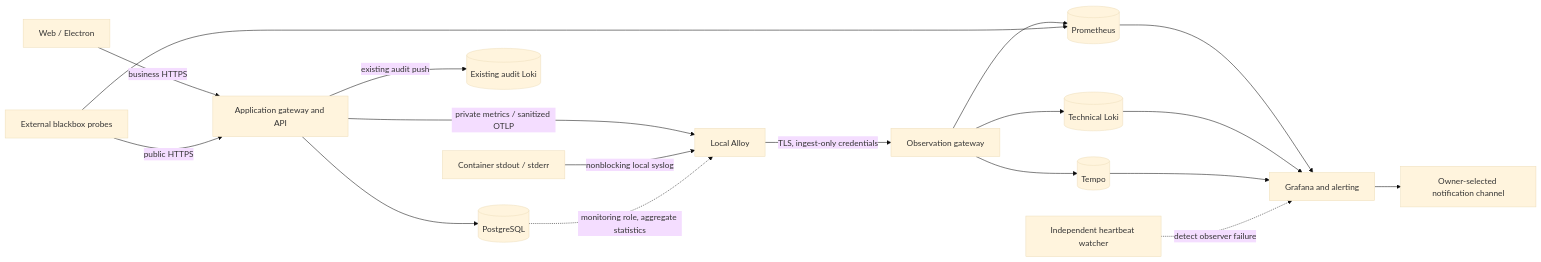
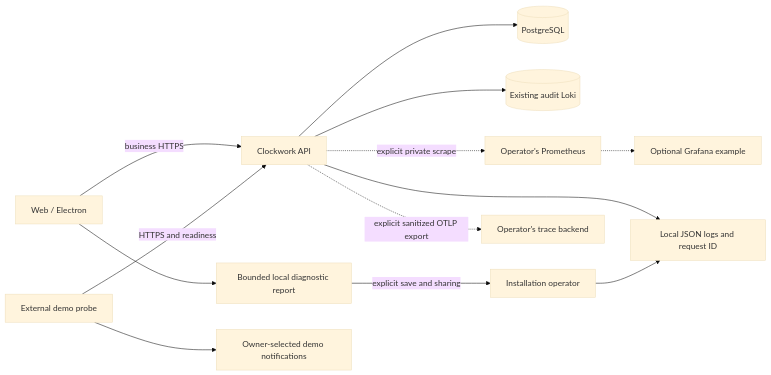
The diagram in docs/observability.md (Koshsky/clockwork), drawn with Mermaid (base theme) before and after one commit. The commit also changed other lines of this file, not shown here.

Commit message:
docs: scope observability for self-hosted installations and demo

````diff
--- a/docs/observability.md
+++ b/docs/observability.md
@@ -91,20 +68,15 @@
 ```mermaid
 flowchart LR
-  U[Web / Electron] -->|business HTTPS| C[Application gateway and API]
-  C --> D[(PostgreSQL)]
-  C -->|existing audit push| A[(Existing audit Loki)]
-  C -->|private metrics / sanitized OTLP| G[Local Alloy]
-  L[Container stdout / stderr] -->|nonblocking local syslog| G
-  D -.->|monitoring role, aggregate statistics| G
-  G -->|TLS, ingest-only credentials| W[Observation gateway]
-  W --> P[(Prometheus)]
-  W --> K[(Technical Loki)]
-  W --> T[(Tempo)]
-  P --> F[Grafana and alerting]
-  K --> F
-  T --> F
-  B[External blackbox probes] -->|public HTTPS| C
-  B --> P
-  F --> N[Owner-selected notification channel]
-  X[Independent heartbeat watcher] -.->|detect observer failure| F
+  U[Web / Electron] -->|business HTTPS| A[Clockwork API]
+  A --> D[(PostgreSQL)]
+  A --> L[Local JSON logs and request ID]
+  A --> J[(Existing audit Loki)]
+  U --> R[Bounded local diagnostic report]
+  R -->|explicit save and sharing| O[Installation operator]
+  O --> L
+  A -.->|explicit private scrape| P[Operator's Prometheus]
+  A -.->|explicit sanitized OTLP export| T[Operator's trace backend]
+  P -.-> G[Optional Grafana example]
+  X[External demo probe] -->|HTTPS and readiness| A
+  X --> N[Owner-selected demo notifications]
 ```
````
